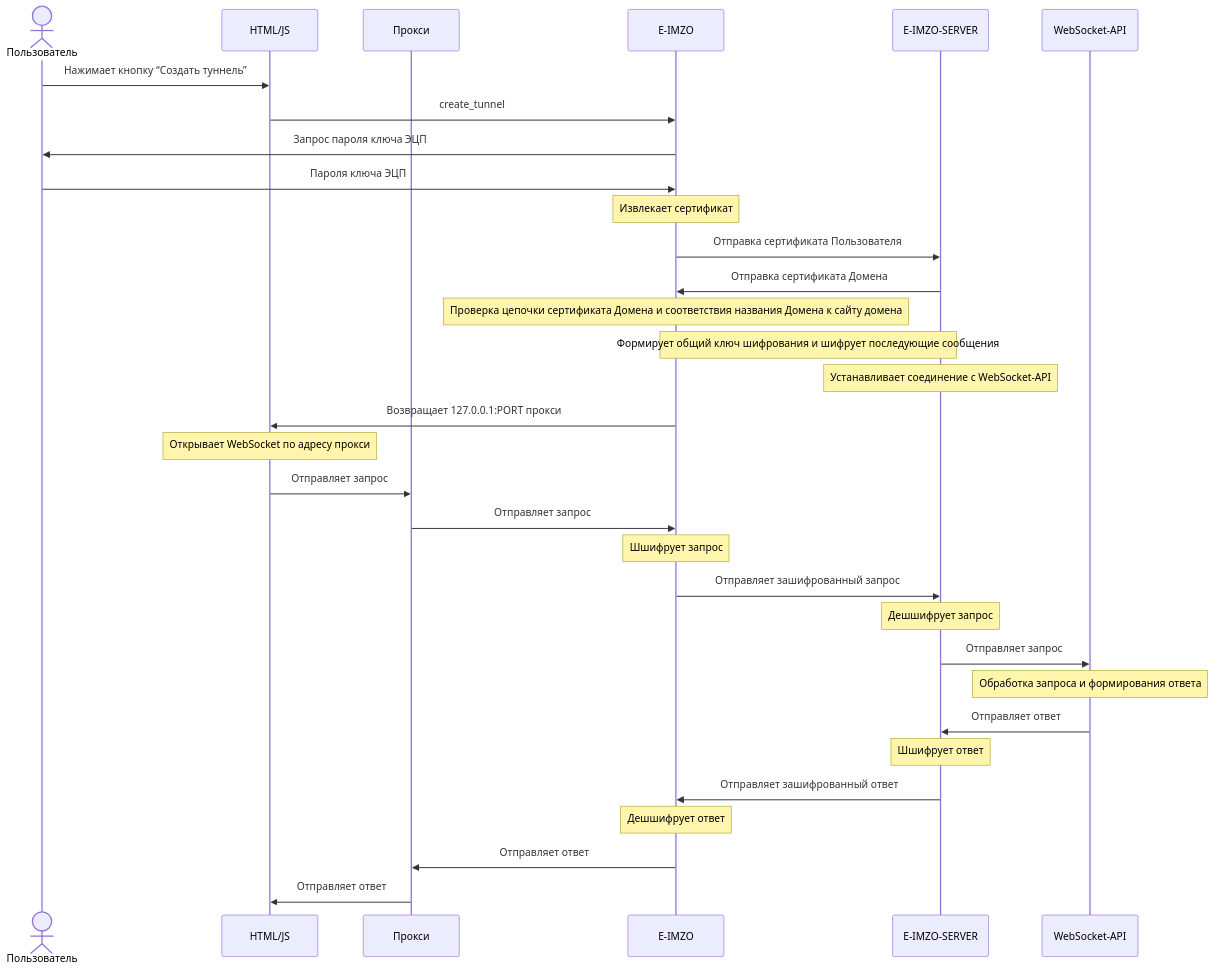
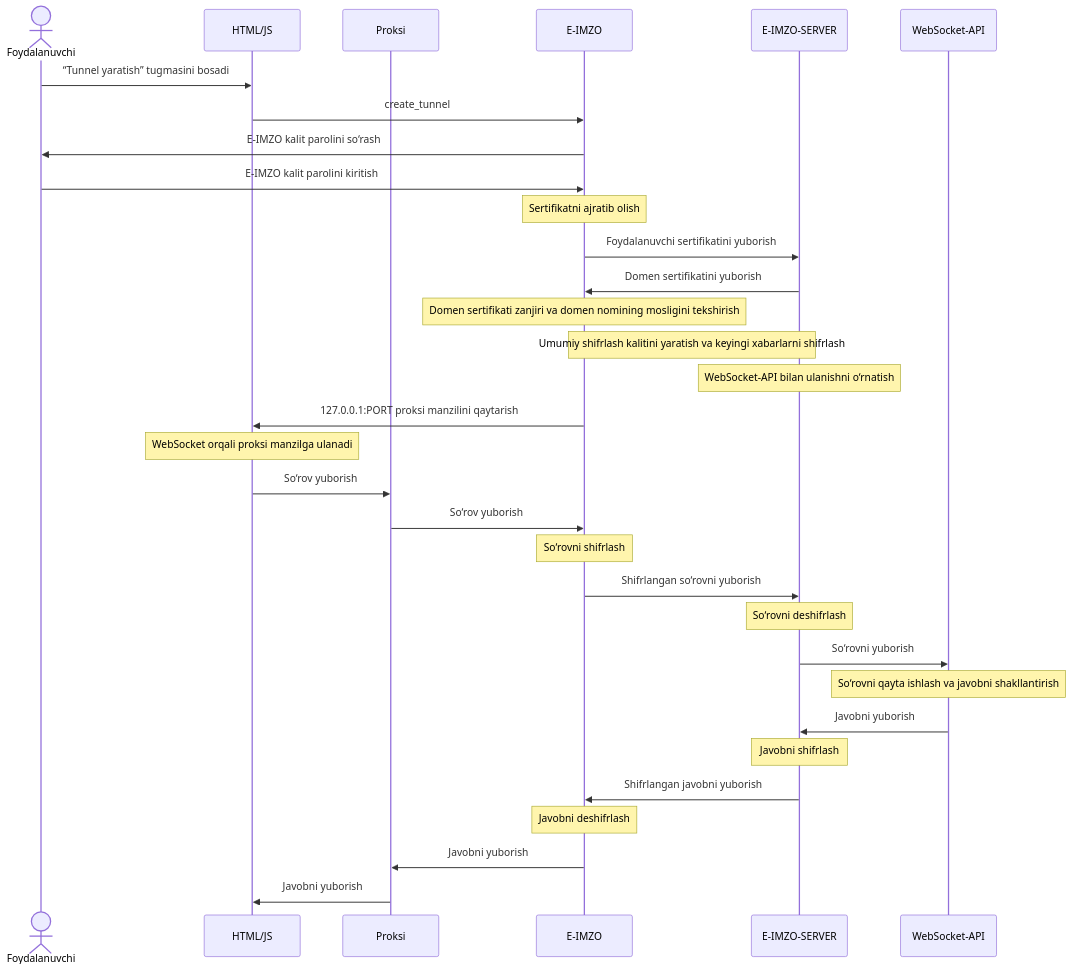
Before and after one commit to qo0p/e-imzo-doc: the fifth of 5 diagrams in README.md, drawn with Mermaid. The commit also changed other lines of this file, not shown here.

````diff
--- a/README.md
+++ b/README.md
@@ -1228,36 +1253,36 @@
 ```mermaid
 sequenceDiagram
-  actor user as Пользователь
+  actor user as Foydalanuvchi
   participant frontend as HTML/JS
-  participant proxy as Прокси
+  participant proxy as Proksi
   participant eimzo as E-IMZO
   participant backend as E-IMZO-SERVER
   participant api as WebSocket-API
   
-  user ->> frontend: Нажимает кнопку “Создать туннель”
+  user ->> frontend: “Tunnel yaratish” tugmasini bosadi
   frontend ->> eimzo: create_tunnel
-  eimzo ->> user: Запрос пароля ключа ЭЦП
-  user ->> eimzo: Пароля ключа ЭЦП
-  Note over eimzo: Извлекает сертификат
-  eimzo ->> backend: Отправка сертификата Пользователя
-  backend ->> eimzo: Отправка сертификата Домена
-  Note over eimzo: Проверка цепочки сертификата Домена и соответствия названия Домена к сайту домена
-  Note over eimzo,backend: Формирует общий ключ шифрования и шифрует последующие сообщения
-  Note over backend: Устанавливает соединение с WebSocket-API
-  eimzo ->> frontend: Возвращает 127.0.0.1:PORT прокси
-  Note over frontend: Открывает WebSocket по адресу прокси
-  frontend ->> proxy: Отправляет запрос
-  proxy ->> eimzo: Отправляет запрос
-  Note over eimzo: Шшифрует запрос
-  eimzo ->> backend: Отправляет зашифрованный запрос
-  Note over backend: Дешшифрует запрос
-  backend ->> api: Отправляет запрос
-  Note over api: Обработка запроса и формирования ответа
-  api ->> backend: Отправляет ответ
-  Note over backend: Шшифрует ответ
-  backend ->> eimzo: Отправляет зашифрованный ответ
-  Note over eimzo: Дешшифрует ответ
-  eimzo ->> proxy: Отправляет ответ  
-  proxy ->> frontend: Отправляет ответ  
+  eimzo ->> user: E-IMZO kalit parolini so‘rash
+  user ->> eimzo: E-IMZO kalit parolini kiritish
+  Note over eimzo: Sertifikatni ajratib olish
+  eimzo ->> backend: Foydalanuvchi sertifikatini yuborish
+  backend ->> eimzo: Domen sertifikatini yuborish
+  Note over eimzo: Domen sertifikati zanjiri va domen nomining mosligini tekshirish
+  Note over eimzo, backend: Umumiy shifrlash kalitini yaratish va keyingi xabarlarni shifrlash
+  Note over backend: WebSocket-API bilan ulanishni o‘rnatish
+  eimzo ->> frontend: 127.0.0.1:PORT proksi manzilini qaytarish
+  Note over frontend: WebSocket orqali proksi manzilga ulanadi
+  frontend ->> proxy: So‘rov yuborish
+  proxy ->> eimzo: So‘rov yuborish
+  Note over eimzo: So‘rovni shifrlash
+  eimzo ->> backend: Shifrlangan so‘rovni yuborish
+  Note over backend: So‘rovni deshifrlash
+  backend ->> api: So‘rovni yuborish
+  Note over api: So‘rovni qayta ishlash va javobni shakllantirish
+  api ->> backend: Javobni yuborish
+  Note over backend: Javobni shifrlash
+  backend ->> eimzo: Shifrlangan javobni yuborish
+  Note over eimzo: Javobni deshifrlash
+  eimzo ->> proxy: Javobni yuborish  
+  proxy ->> frontend: Javobni yuborish  
 
 ```
````
